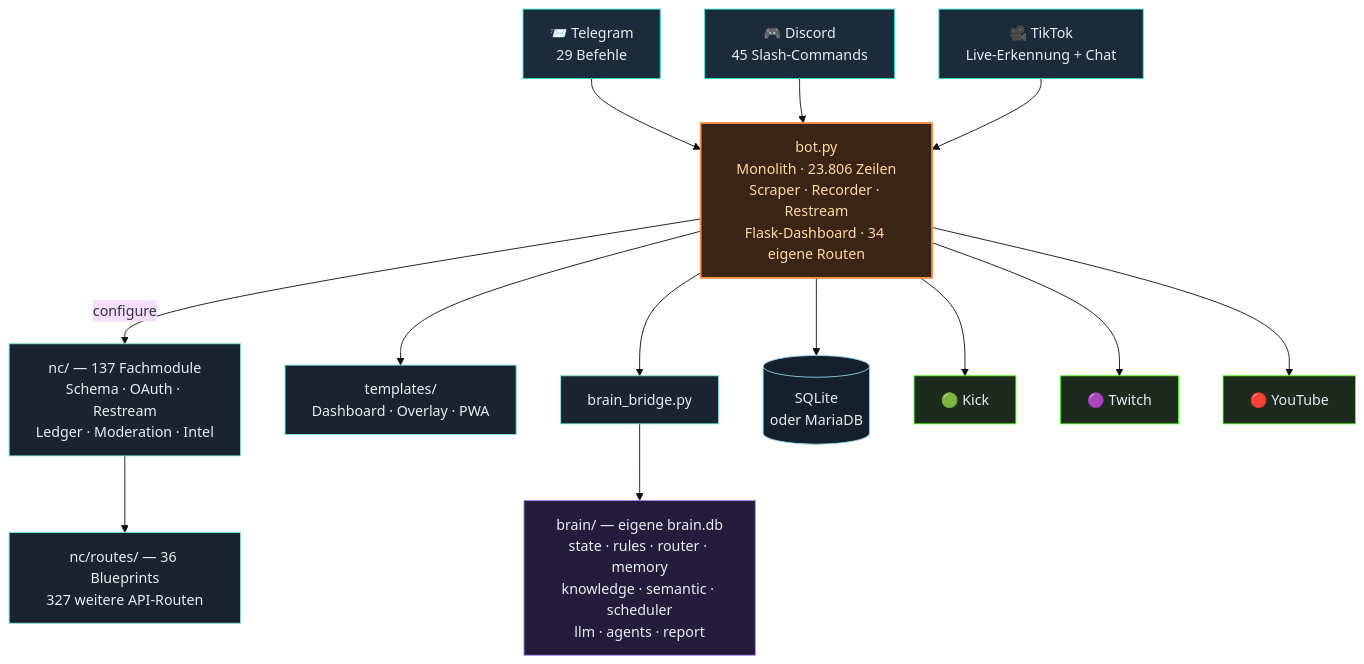
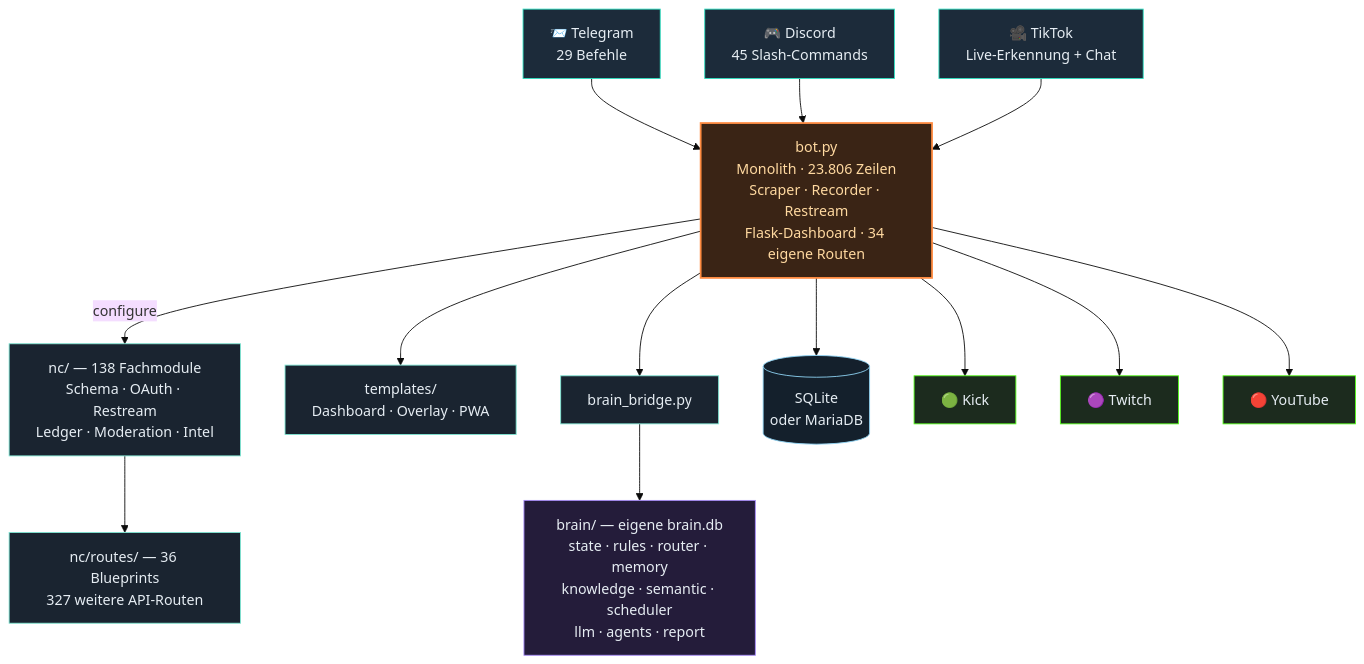
The third of 4 diagrams in README.md (itsamemedev/Telegram-Stream-Info-Bot), drawn with Mermaid (base theme) before and after one commit. The commit also changed other lines of this file and 7 other files, not shown here.

````diff
--- a/README.md
+++ b/README.md
@@ -189,30 +189,30 @@
 ```mermaid
 flowchart TB
     TG["📨 Telegram<br/>29 Befehle"]:::ein
     DC["🎮 Discord<br/>45 Slash-Commands"]:::ein
     TT["🎥 TikTok<br/>Live-Erkennung + Chat"]:::ein
 
     TG --> BOT
     DC --> BOT
     TT --> BOT
 
     BOT["bot.py<br/>Monolith · 23.806 Zeilen<br/>Scraper · Recorder · Restream<br/>Flask-Dashboard · 34 eigene Routen"]:::core
 
-    BOT -->|configure| NC["nc/ — 137 Fachmodule<br/>Schema · OAuth · Restream<br/>Ledger · Moderation · Intel"]:::lib
+    BOT -->|configure| NC["nc/ — 138 Fachmodule<br/>Schema · OAuth · Restream<br/>Ledger · Moderation · Intel"]:::lib
     NC --> RT["nc/routes/ — 36 Blueprints<br/>327 weitere API-Routen"]:::lib
     BOT --> TPL["templates/<br/>Dashboard · Overlay · PWA"]:::lib
     BOT --> BR["brain_bridge.py"]:::lib
     BR --> BRAIN["brain/ — eigene brain.db<br/>state · rules · router · memory<br/>knowledge · semantic · scheduler<br/>llm · agents · report"]:::brain
     BOT --> DB[("SQLite<br/>oder MariaDB")]:::db
 
     BOT --> KICK["🟢 Kick"]:::out
     BOT --> TW["🟣 Twitch"]:::out
     BOT --> YT["🔴 YouTube"]:::out
 
     classDef ein fill:#1c2b3a,stroke:#2de1c2,color:#e6edf3
     classDef core fill:#3a2415,stroke:#ff8c42,stroke-width:2px,color:#ffd9a0
     classDef lib fill:#1a2430,stroke:#7fe7d4,color:#e6edf3
     classDef brain fill:#241c3a,stroke:#a78bfa,color:#e6edf3
     classDef db fill:#14202c,stroke:#8fd3f4,color:#e6edf3
     classDef out fill:#1c2b1e,stroke:#53fc18,color:#e6edf3
 ```
````
